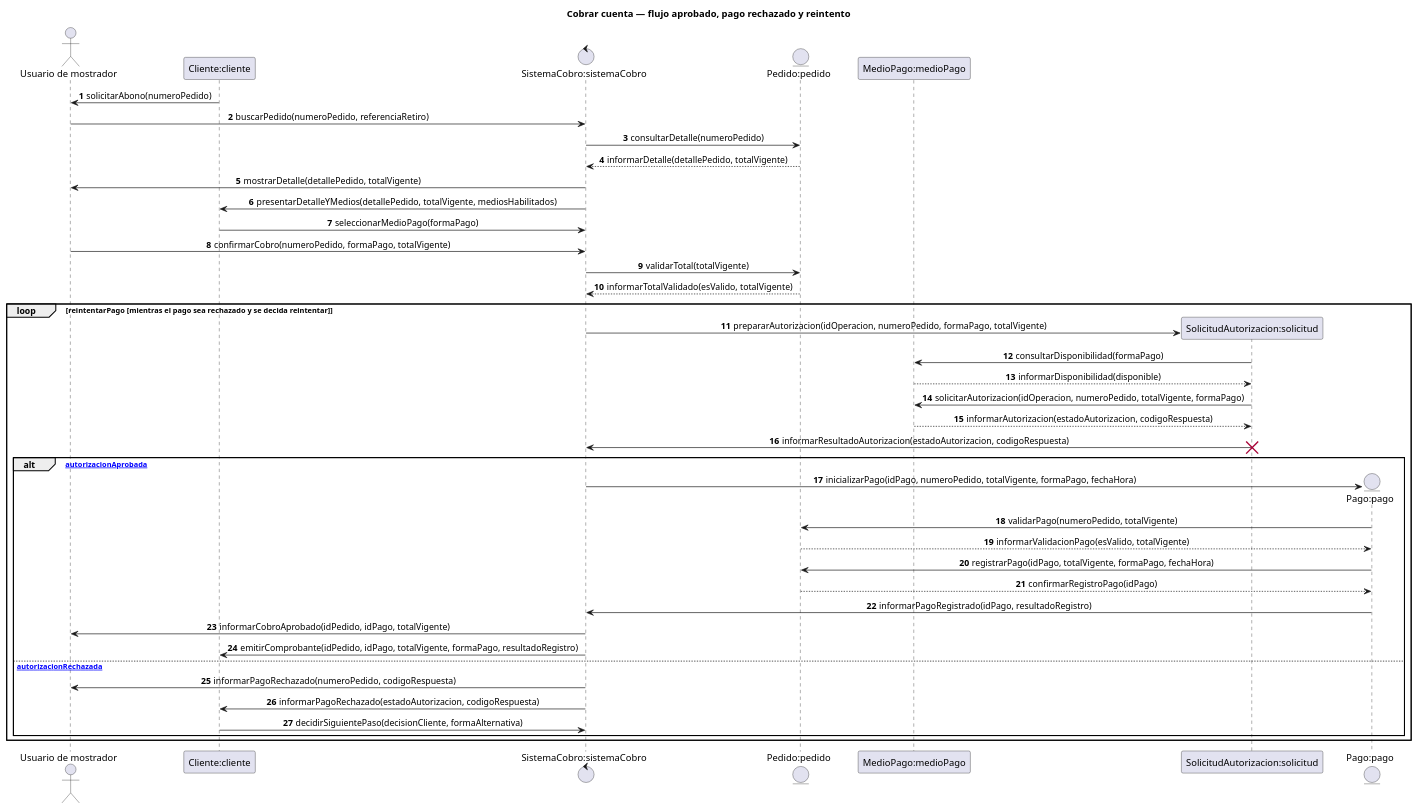
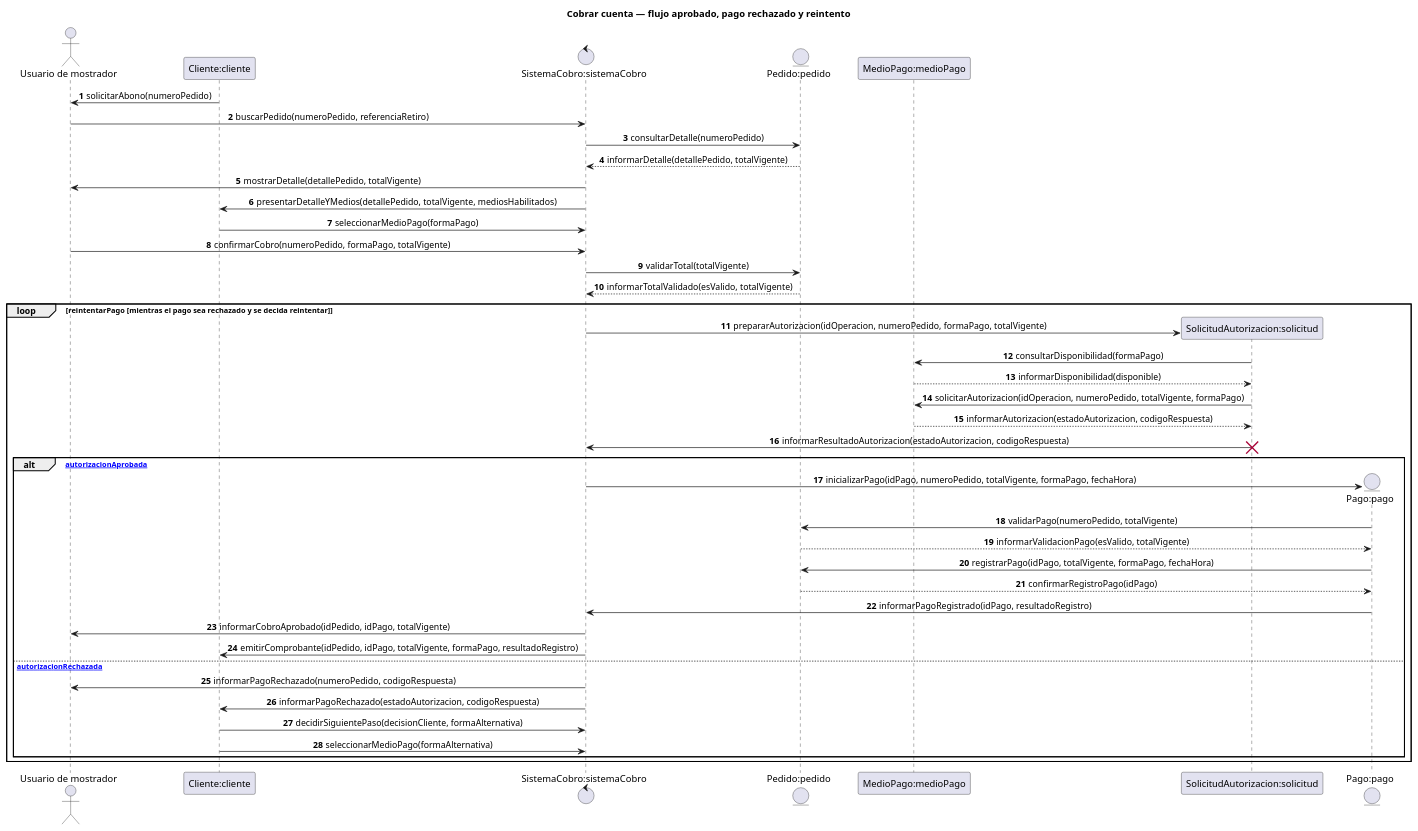
Before and after one commit to lucasmengarelli3/SistemaPedidos: the diagram in diagramas/05-diagramas-secuencia/05-secuencia-cobrar-cuenta-flujo-principal-07.puml, drawn with PlantUML. The commit also changed 2 other files, not shown here.

Commit message:
Corrige flujos alternativos en diagramas de secuencia y actualiza changelog de PR 201

```diff
--- a/diagramas/05-diagramas-secuencia/05-secuencia-cobrar-cuenta-flujo-principal-07.puml
+++ b/diagramas/05-diagramas-secuencia/05-secuencia-cobrar-cuenta-flujo-principal-07.puml
@@ -1,55 +1,56 @@
 @startuml
 title Cobrar cuenta — flujo aprobado, pago rechazado y reintento
 
 autonumber
 skinparam sequenceMessageAlign center
 skinparam ParticipantPadding 25
 
 actor "Usuario de mostrador" as usuario
 participant "Cliente:cliente" as cliente
 control "SistemaCobro:sistemaCobro" as sistema
 entity "Pedido:pedido" as pedido
 participant "MedioPago:medioPago" as medioPago
 participant "SolicitudAutorizacion:solicitud" as solicitud
 entity "Pago:pago" as pago
 
 cliente -> usuario: solicitarAbono(numeroPedido)
 usuario -> sistema: buscarPedido(numeroPedido, referenciaRetiro)
 sistema -> pedido: consultarDetalle(numeroPedido)
 pedido --> sistema: informarDetalle(detallePedido, totalVigente)
 sistema -> usuario: mostrarDetalle(detallePedido, totalVigente)
 sistema -> cliente: presentarDetalleYMedios(detallePedido, totalVigente, mediosHabilitados)
 
 cliente -> sistema: seleccionarMedioPago(formaPago)
 usuario -> sistema: confirmarCobro(numeroPedido, formaPago, totalVigente)
 sistema -> pedido: validarTotal(totalVigente)
 pedido --> sistema: informarTotalValidado(esValido, totalVigente)
 
 loop reintentarPago [mientras el pago sea rechazado y se decida reintentar]
     create solicitud
     sistema -> solicitud: prepararAutorizacion(idOperacion, numeroPedido, formaPago, totalVigente)
     solicitud -> medioPago: consultarDisponibilidad(formaPago)
     medioPago --> solicitud: informarDisponibilidad(disponible)
     solicitud -> medioPago: solicitarAutorizacion(idOperacion, numeroPedido, totalVigente, formaPago)
     medioPago --> solicitud: informarAutorizacion(estadoAutorizacion, codigoRespuesta)
     solicitud -> sistema: informarResultadoAutorizacion(estadoAutorizacion, codigoRespuesta)
     destroy solicitud
 
     alt [autorizacionAprobada]
         create pago
         sistema -> pago: inicializarPago(idPago, numeroPedido, totalVigente, formaPago, fechaHora)
         pago -> pedido: validarPago(numeroPedido, totalVigente)
         pedido --> pago: informarValidacionPago(esValido, totalVigente)
         pago -> pedido: registrarPago(idPago, totalVigente, formaPago, fechaHora)
         pedido --> pago: confirmarRegistroPago(idPago)
         pago -> sistema: informarPagoRegistrado(idPago, resultadoRegistro)
         sistema -> usuario: informarCobroAprobado(idPedido, idPago, totalVigente)
         sistema -> cliente: emitirComprobante(idPedido, idPago, totalVigente, formaPago, resultadoRegistro)
     else [autorizacionRechazada]
         sistema -> usuario: informarPagoRechazado(numeroPedido, codigoRespuesta)
         sistema -> cliente: informarPagoRechazado(estadoAutorizacion, codigoRespuesta)
         cliente -> sistema: decidirSiguientePaso(decisionCliente, formaAlternativa)
+        cliente -> sistema: seleccionarMedioPago(formaAlternativa)
     end
 end
 
 @enduml
```
